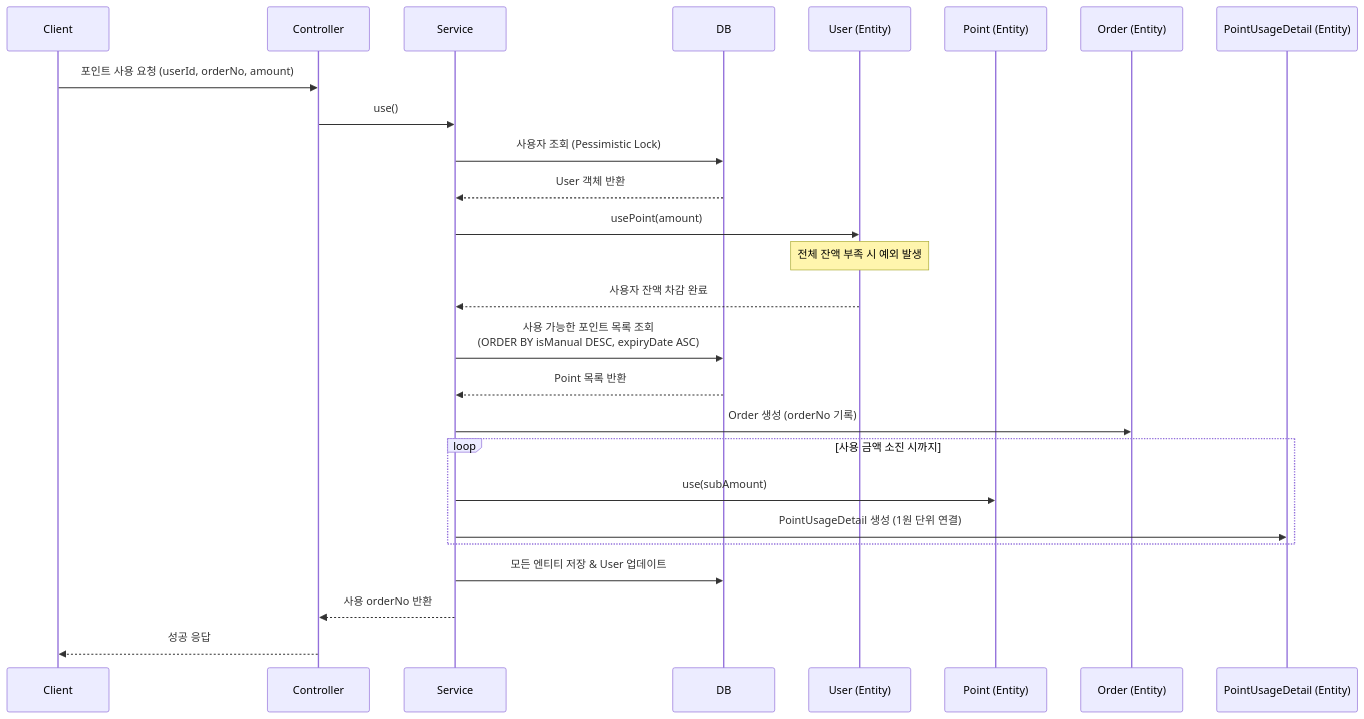
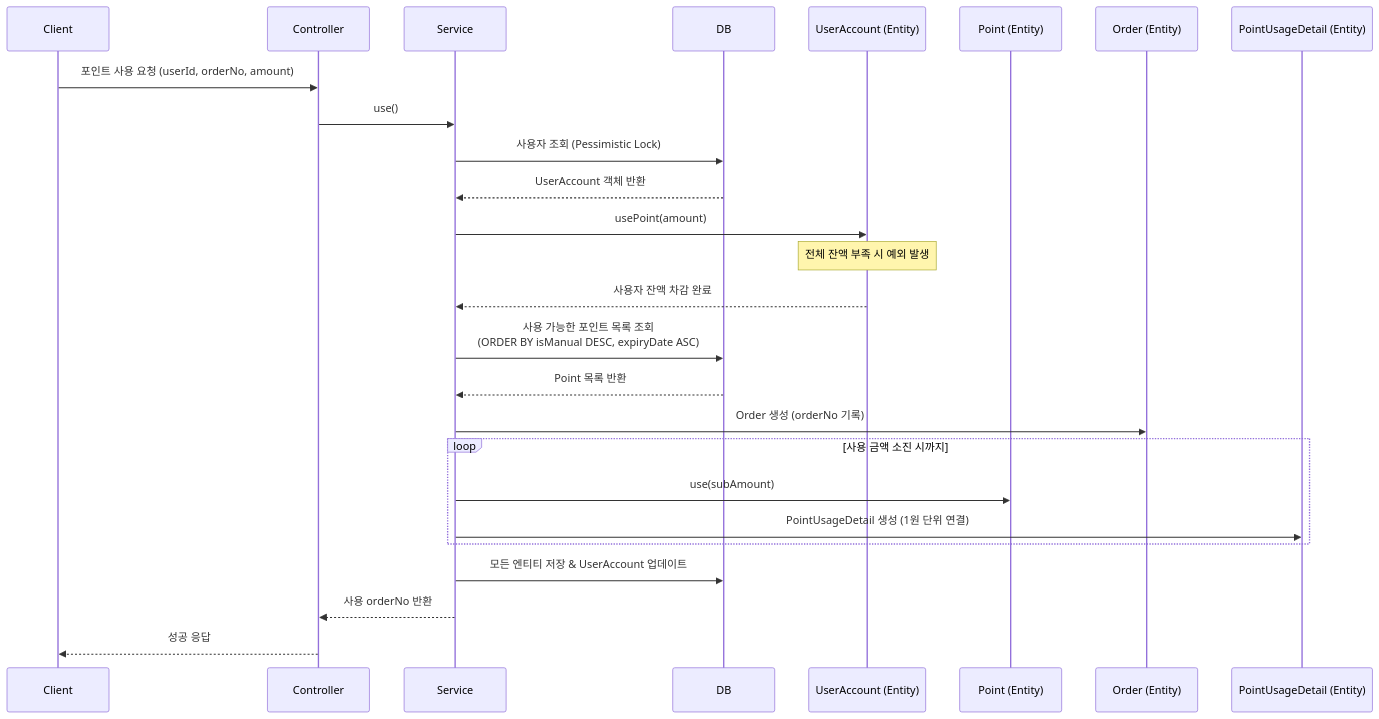
Before and after one commit to muzzaiwork/point: the diagram in docs/api/사용.md, drawn with Mermaid. The commit also changed other lines of this file and 15 other files, not shown here.

Commit message:
Rename User and UserRepository to UserAccount and UserAccountRepository

````diff
--- a/docs/api/사용.md
+++ b/docs/api/사용.md
@@ -57,32 +57,32 @@
 ```mermaid
 sequenceDiagram
     participant Client
     participant Controller
     participant Service
     participant DB
-    participant UserEntity as User (Entity)
+    participant UserAccountEntity as UserAccount (Entity)
     participant PointEntity as Point (Entity)
     participant OrderEntity as Order (Entity)
     participant DetailEntity as PointUsageDetail (Entity)
 
     Client->>Controller: 포인트 사용 요청 (userId, orderNo, amount)
     Controller->>Service: use()
     Service->>DB: 사용자 조회 (Pessimistic Lock)
-    DB-->>Service: User 객체 반환
-    Service->>UserEntity: usePoint(amount)
-    Note over UserEntity: 전체 잔액 부족 시 예외 발생
-    UserEntity-->>Service: 사용자 잔액 차감 완료
+    DB-->>Service: UserAccount 객체 반환
+    Service->>UserAccountEntity: usePoint(amount)
+    Note over UserAccountEntity: 전체 잔액 부족 시 예외 발생
+    UserAccountEntity-->>Service: 사용자 잔액 차감 완료
     
     Service->>DB: 사용 가능한 포인트 목록 조회<br/>(ORDER BY isManual DESC, expiryDate ASC)
     DB-->>Service: Point 목록 반환
     
     Service->>OrderEntity: Order 생성 (orderNo 기록)
     loop 사용 금액 소진 시까지
         Service->>PointEntity: use(subAmount)
         Service->>DetailEntity: PointUsageDetail 생성 (1원 단위 연결)
     end
     
-    Service->>DB: 모든 엔티티 저장 & User 업데이트
+    Service->>DB: 모든 엔티티 저장 & UserAccount 업데이트
     Service-->>Controller: 사용 orderNo 반환
     Controller-->>Client: 성공 응답
 ```
````
